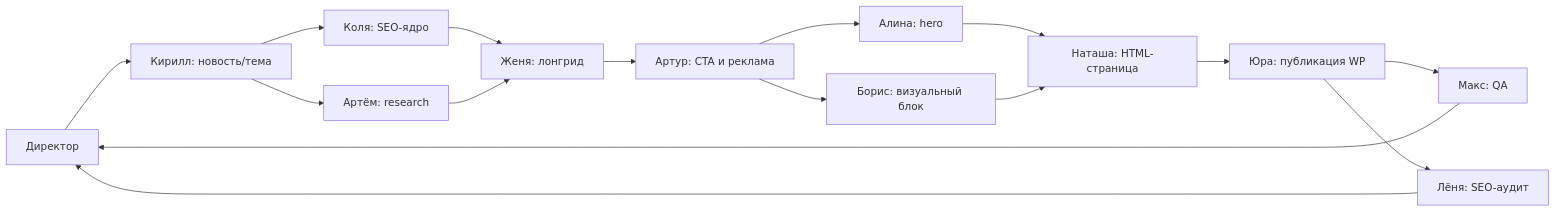
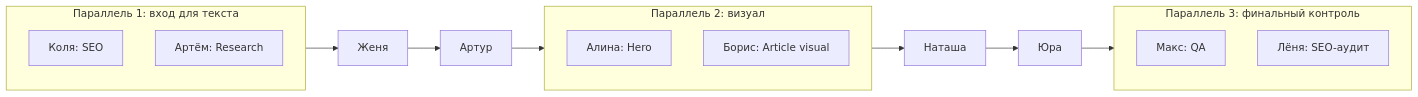
Before and after one commit to Horosheff/nero-network-office-page: the third of 7 diagrams in docs/AGENTS-SCHEME.md, drawn with Mermaid. The commit also changed other lines of this file and 1 other file, not shown here.

First line of the commit message:
Polish plugin documentation and agent diagrams

````diff
--- a/docs/AGENTS-SCHEME.md
+++ b/docs/AGENTS-SCHEME.md
@@ -7,18 +134,24 @@
 ```mermaid
 flowchart LR
-  D[Директор] --> K[Кирилл: новость/тема]
-  K --> SK[Коля: SEO-ядро]
-  K --> A[Артём: research]
-  SK --> Z[Женя: лонгрид]
-  A --> Z
-  Z --> AR[Артур: CTA и реклама]
-  AR --> AL[Алина: hero]
-  AR --> B[Борис: визуальный блок]
-  AL --> N[Наташа: HTML-страница]
-  B --> N
-  N --> Y[Юра: публикация WP]
-  Y --> Q[Макс: QA]
-  Y --> L[Лёня: SEO-аудит]
-  Q --> D
-  L --> D
+  subgraph P1[Параллель 1: вход для текста]
+    KO[Коля: SEO]
+    A[Артём: Research]
+  end
+
+  subgraph P2[Параллель 2: визуал]
+    AL[Алина: Hero]
+    B[Борис: Article visual]
+  end
+
+  subgraph P3[Параллель 3: финальный контроль]
+    Q[Макс: QA]
+    L[Лёня: SEO-аудит]
+  end
+
+  P1 --> Z[Женя]
+  Z --> AR[Артур]
+  AR --> P2
+  P2 --> N[Наташа]
+  N --> Y[Юра]
+  Y --> P3
 ```
````
